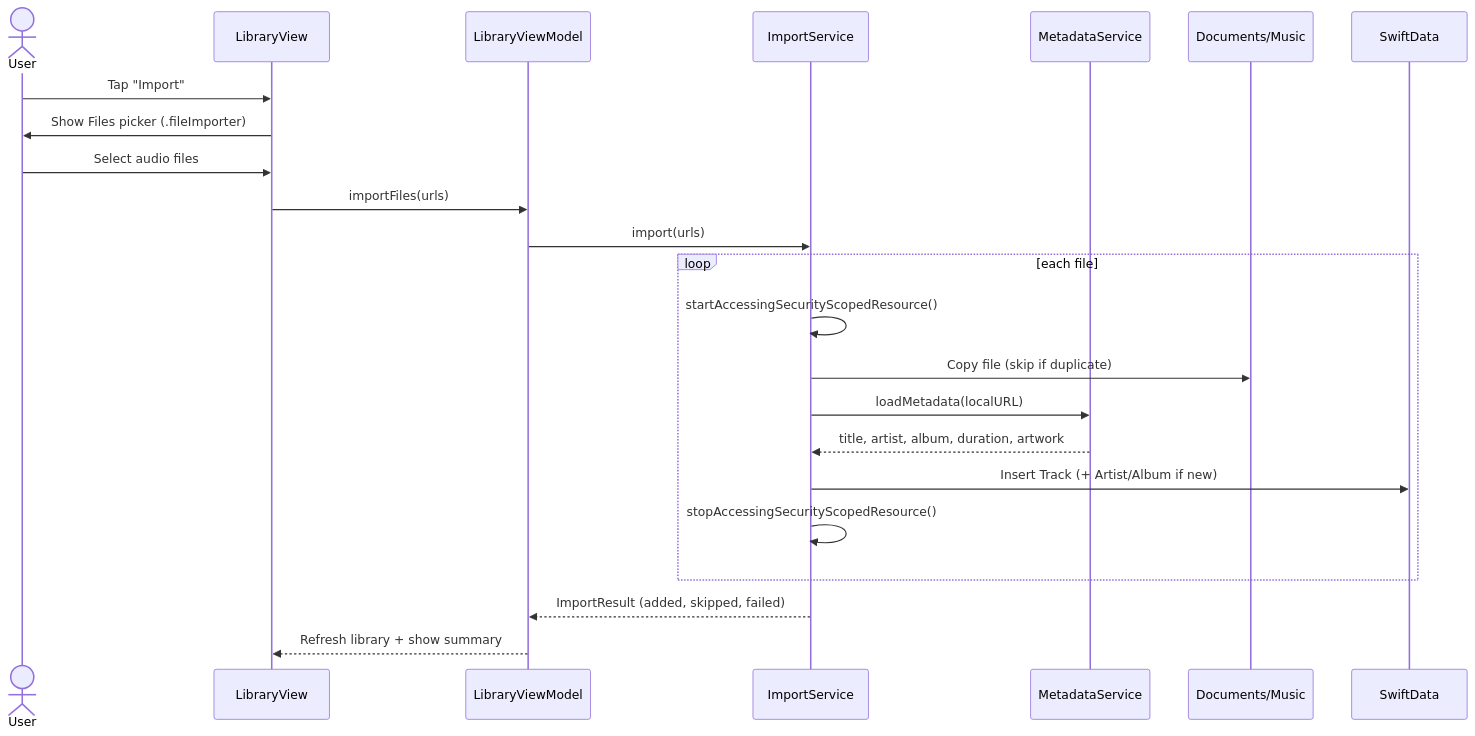
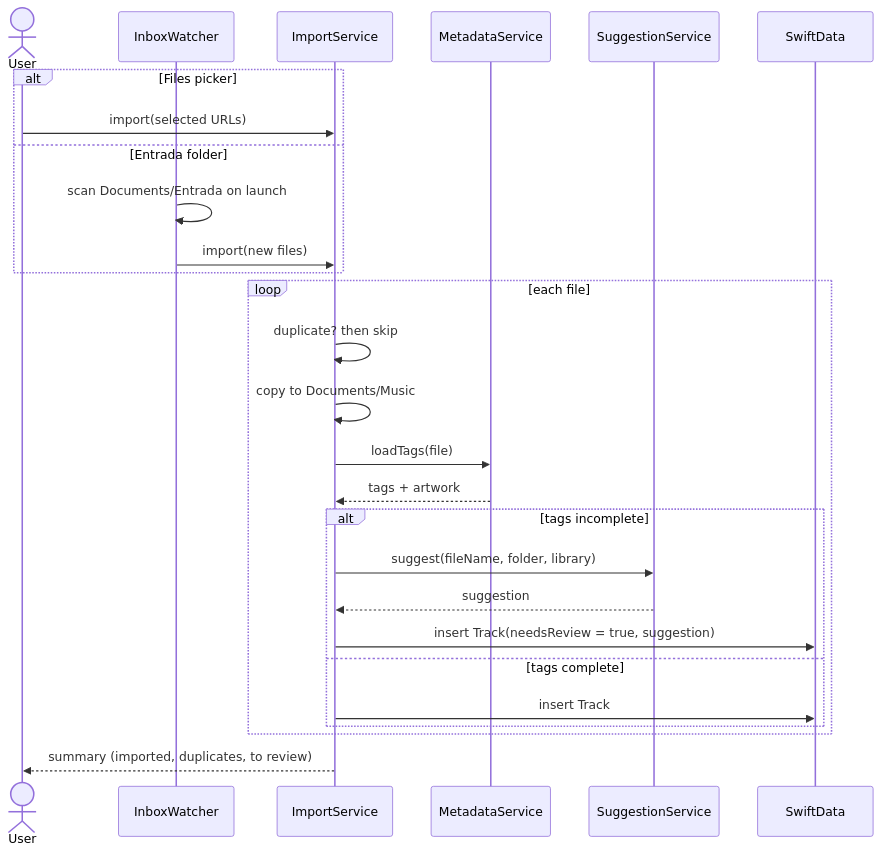
One commit to sabrinasalomon/CoryMusic changed the second of 5 diagrams in docs/ARCHITECTURE.md. Above: the diagram before and after it, drawn with Mermaid. The commit also changed other lines of this file and 9 other files, not shown here.

````diff
--- a/docs/ARCHITECTURE.md
+++ b/docs/ARCHITECTURE.md
@@ -81,26 +91,30 @@
 ```mermaid
 sequenceDiagram
     actor U as User
-    participant LV as LibraryView
-    participant VM as LibraryViewModel
+    participant IW as InboxWatcher
     participant IS as ImportService
     participant MS as MetadataService
-    participant FS as Documents/Music
+    participant SS as SuggestionService
     participant DB as SwiftData
 
-    U->>LV: Tap "Import"
-    LV->>U: Show Files picker (.fileImporter)
-    U->>LV: Select audio files
-    LV->>VM: importFiles(urls)
-    VM->>IS: import(urls)
+    alt Files picker
+        U->>IS: import(selected URLs)
+    else Entrada folder
+        IW->>IW: scan Documents/Entrada on launch
+        IW->>IS: import(new files)
+    end
     loop each file
-        IS->>IS: startAccessingSecurityScopedResource()
-        IS->>FS: Copy file (skip if duplicate)
-        IS->>MS: loadMetadata(localURL)
-        MS-->>IS: title, artist, album, duration, artwork
-        IS->>DB: Insert Track (+ Artist/Album if new)
-        IS->>IS: stopAccessingSecurityScopedResource()
+        IS->>IS: duplicate? then skip
+        IS->>IS: copy to Documents/Music
+        IS->>MS: loadTags(file)
+        MS-->>IS: tags + artwork
+        alt tags incomplete
+            IS->>SS: suggest(fileName, folder, library)
+            SS-->>IS: suggestion
+            IS->>DB: insert Track(needsReview = true, suggestion)
+        else tags complete
+            IS->>DB: insert Track
+        end
     end
-    IS-->>VM: ImportResult (added, skipped, failed)
-    VM-->>LV: Refresh library + show summary
+    IS-->>U: summary (imported, duplicates, to review)
 ```
````
